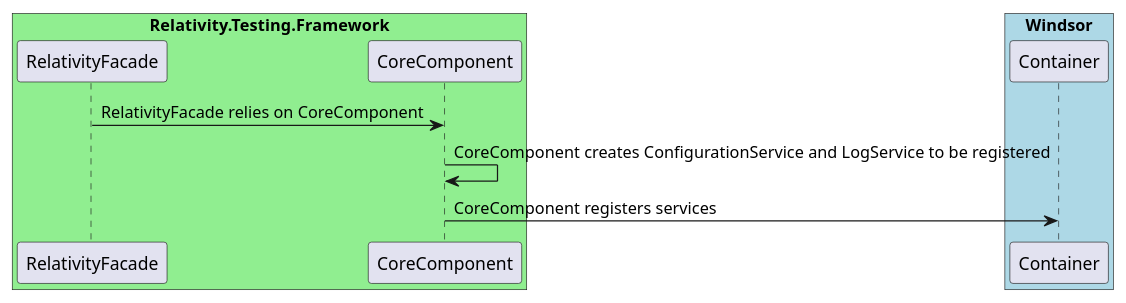
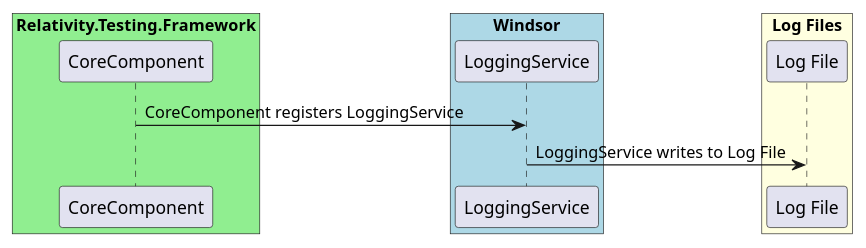
One commit to relativitydev/relativity.testing.framework changed the diagram in docs/architecture/UMLFiles/Logging.iuml. Above: the diagram before and after it, drawn with PlantUML. The commit also changed 1 other file, not shown here.

Commit message:
TESTENG-1463: Add Logging sequence diagram

```diff
--- a/docs/architecture/UMLFiles/Logging.iuml
+++ b/docs/architecture/UMLFiles/Logging.iuml
@@ -1,16 +1,18 @@
 @startuml Relativity.Testing.Framework Logging Sequence Diagram
 
 box "Relativity.Testing.Framework" #LightGreen
-participant "RelativityFacade"
 participant "CoreComponent"
 end box
 
 box "Windsor" #LightBlue
-participant "Container"
+participant "LoggingService"
 end box
 
-"RelativityFacade" -> "CoreComponent" : RelativityFacade relies on CoreComponent
-"CoreComponent" -> "CoreComponent" : CoreComponent creates ConfigurationService and LogService to be registered
-"CoreComponent" -> "Container" : CoreComponent registers services
+box "Log Files" #LightYellow
+participant "Log File"
+end box
+
+"CoreComponent" -> "LoggingService" : CoreComponent registers LoggingService
+"LoggingService" -> "Log File" : LoggingService writes to Log File
 
 @enduml
```
